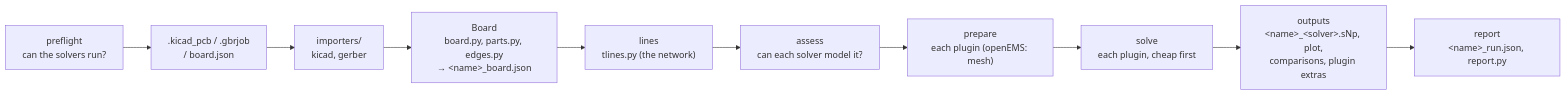
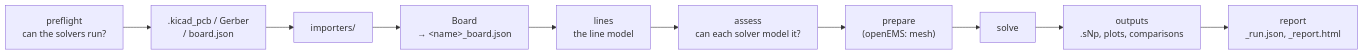
One commit to lowprocess/kicad2ems changed the diagram in docs/architecture.md. Above: the diagram before and after it, drawn with Mermaid. The commit also changed other lines of this file and 18 other files, not shown here.

````diff
--- a/docs/architecture.md
+++ b/docs/architecture.md
@@ -12,12 +10,12 @@
 ```mermaid
 flowchart LR
-    P["preflight<br/>can the solvers run?"] --> A[".kicad_pcb / .gbrjob<br/>/ board.json"]
-    A --> B["importers/<br/>kicad, gerber"]
-    B --> C["Board<br/>board.py, parts.py, edges.py<br/>&rarr; &lt;name&gt;_board.json"]
-    C --> L["lines<br/>tlines.py (the network)"]
+    P["preflight<br/>can the solvers run?"] --> A[".kicad_pcb / Gerber<br/>/ board.json"]
+    A --> B["importers/"]
+    B --> C["Board<br/>&rarr; &lt;name&gt;_board.json"]
+    C --> L["lines<br/>the line model"]
     L --> S["assess<br/>can each solver model it?"]
-    S --> E["prepare<br/>each plugin (openEMS: mesh)"]
-    E --> F["solve<br/>each plugin, cheap first"]
-    F --> G["outputs<br/>&lt;name&gt;_&lt;solver&gt;.sNp, plot,<br/>comparisons, plugin extras"]
-    G --> R["report<br/>&lt;name&gt;_run.json, report.py"]
+    S --> E["prepare<br/>(openEMS: mesh)"]
+    E --> F["solve"]
+    F --> G["outputs<br/>.sNp, plots, comparisons"]
+    G --> R["report<br/>_run.json, _report.html"]
 ```
````
